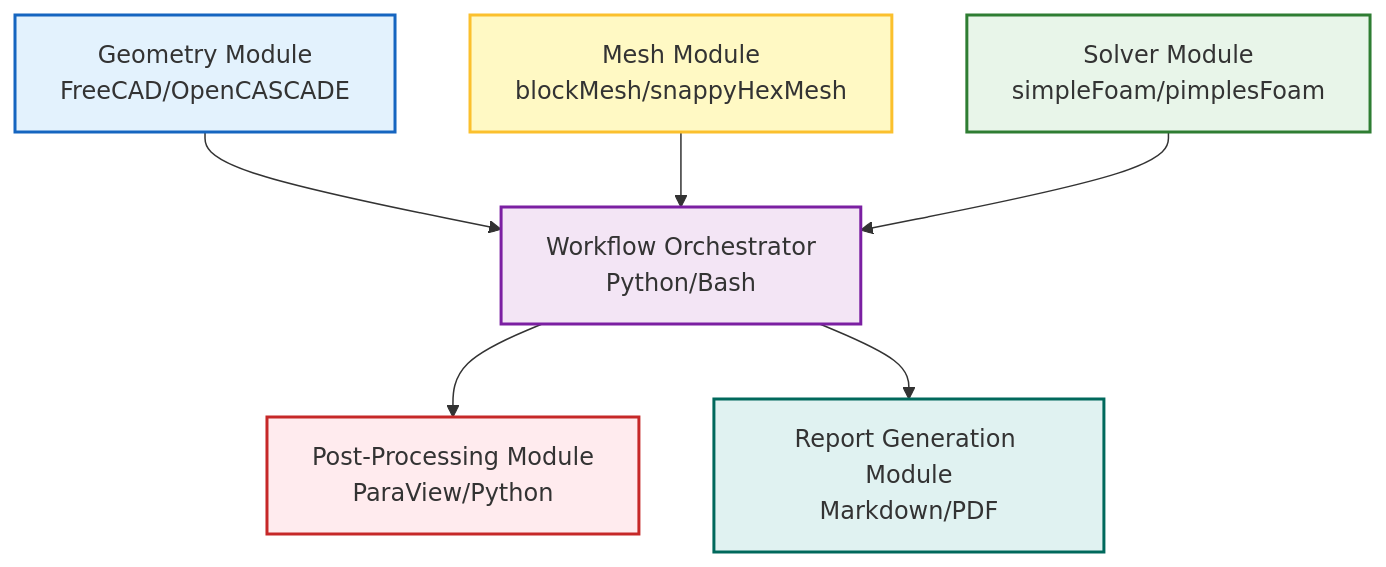
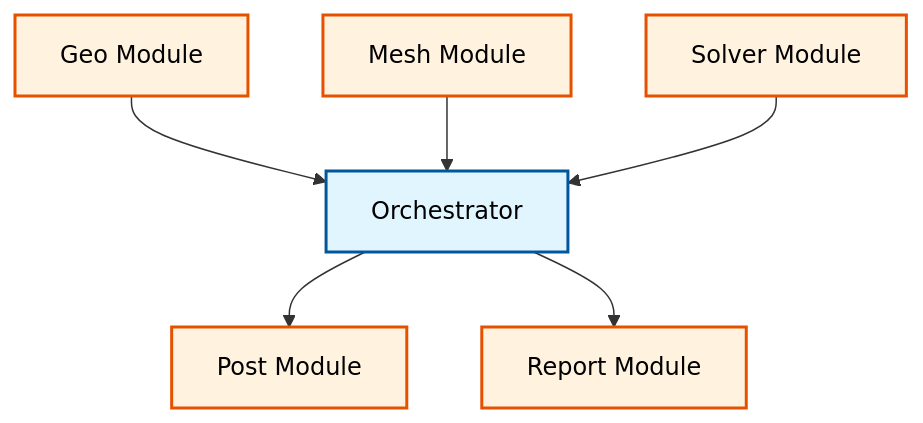
Before and after one commit to wramet/build-my-cfd: the first of 2 diagrams in MODULE_07_UTILITIES_AUTOMATION/CONTENT/05_AUTOMATION/00_Overview.md, drawn with Mermaid. The commit also changed other lines of this file and 313 other files, not shown here.

Commit message:
Revise all diagram

````diff
--- a/MODULE_07_UTILITIES_AUTOMATION/CONTENT/05_AUTOMATION/00_Overview.md
+++ b/MODULE_07_UTILITIES_AUTOMATION/CONTENT/05_AUTOMATION/00_Overview.md
@@ -89,15 +89,12 @@
 ```mermaid
 flowchart TD
-    A[Geometry Module<br/>FreeCAD/OpenCASCADE] --> D[Workflow Orchestrator<br/>Python/Bash]
-    B[Mesh Module<br/>blockMesh/snappyHexMesh] --> D
-    C[Solver Module<br/>simpleFoam/pimplesFoam] --> D
-    D --> E[Post-Processing Module<br/>ParaView/Python]
-    D --> F[Report Generation Module<br/>Markdown/PDF]
+classDef implicit fill:#e1f5fe,stroke:#01579b,stroke-width:2px,color:#000
+classDef explicit fill:#fff3e0,stroke:#e65100,stroke-width:2px,color:#000
+classDef context fill:#f5f5f5,stroke:#616161,stroke-width:1px,color:#000,stroke-dasharray: 5 5
 
-    style A fill:#e3f2fd,stroke:#1565c0,stroke-width:2px
-    style B fill:#fff9c4,stroke:#fbc02d,stroke-width:2px
-    style C fill:#e8f5e9,stroke:#2e7d32,stroke-width:2px
-    style D fill:#f3e5f5,stroke:#7b1fa2,stroke-width:2px
-    style E fill:#ffebee,stroke:#c62828,stroke-width:2px
-    style F fill:#e0f2f1,stroke:#00695c,stroke-width:2px
+A[Geo Module]:::explicit --> D[Orchestrator]:::implicit
+B[Mesh Module]:::explicit --> D
+C[Solver Module]:::explicit --> D
+D --> E[Post Module]:::explicit
+D --> F[Report Module]:::explicit
 ```
````
